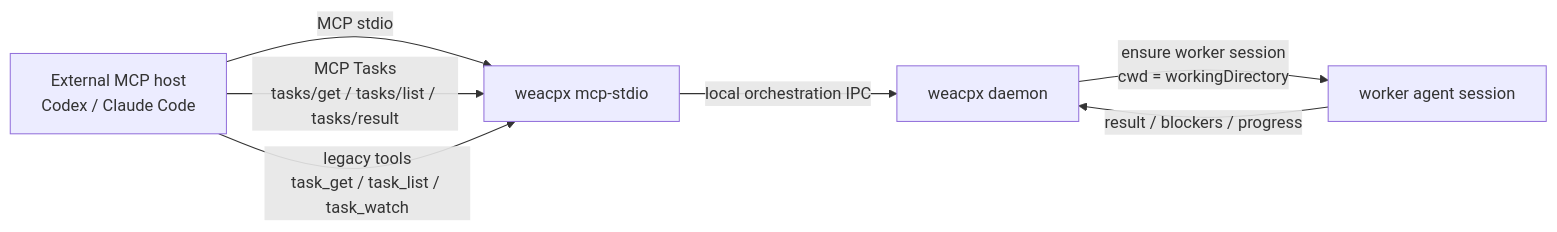
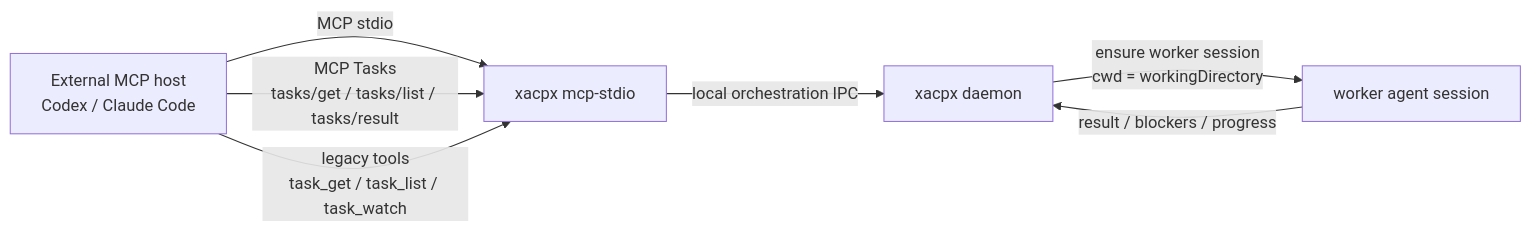
One commit to gadzan/weacpx changed the first of 4 diagrams in docs/external-mcp.md. Above: the diagram before and after it, drawn with Mermaid. The commit also changed other lines of this file and 119 other files, not shown here.

````diff
--- a/docs/external-mcp.md
+++ b/docs/external-mcp.md
@@ -17,9 +17,9 @@
 ```mermaid
 flowchart LR
-  Host[External MCP host<br/>Codex / Claude Code] -->|MCP stdio| Mcp[weacpx mcp-stdio]
-  Mcp -->|local orchestration IPC| Daemon[weacpx daemon]
+  Host[External MCP host<br/>Codex / Claude Code] -->|MCP stdio| Mcp[xacpx mcp-stdio]
+  Mcp -->|local orchestration IPC| Daemon[xacpx daemon]
   Daemon -->|ensure worker session<br/>cwd = workingDirectory| Worker[worker agent session]
   Worker -->|result / blockers / progress| Daemon
   Host -->|MCP Tasks<br/>tasks/get / tasks/list / tasks/result| Mcp
   Host -->|legacy tools<br/>task_get / task_list / task_watch| Mcp
 ```
````
